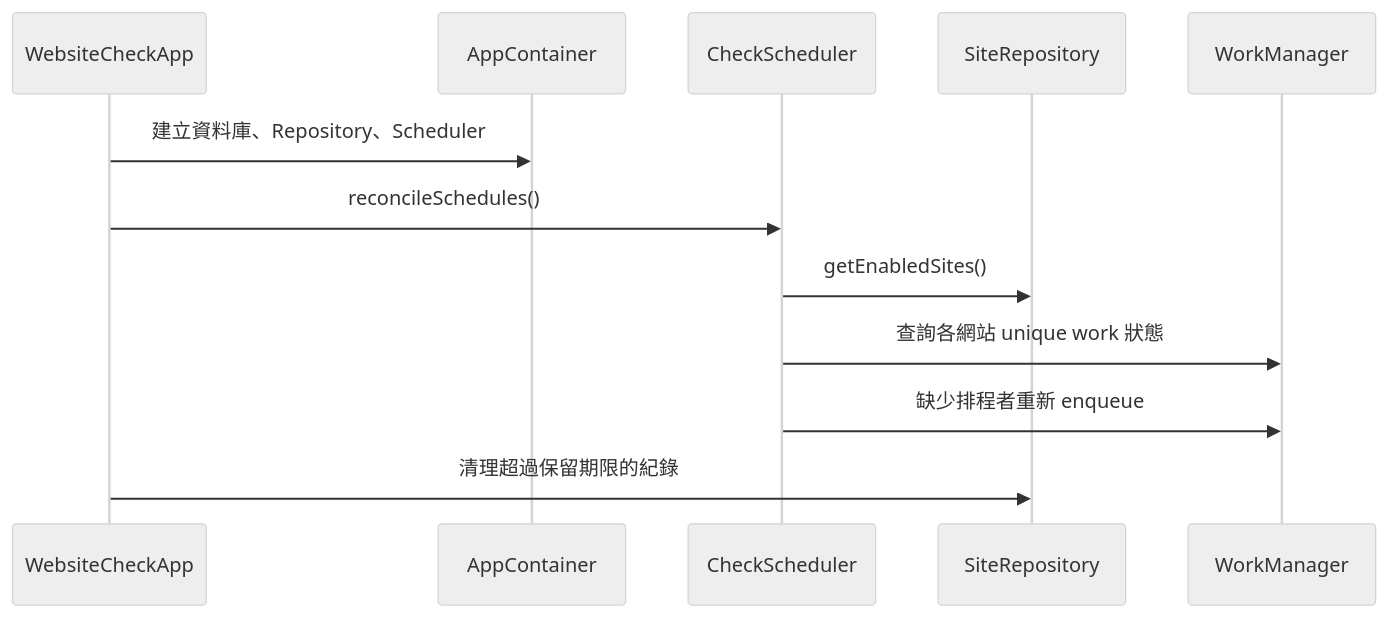
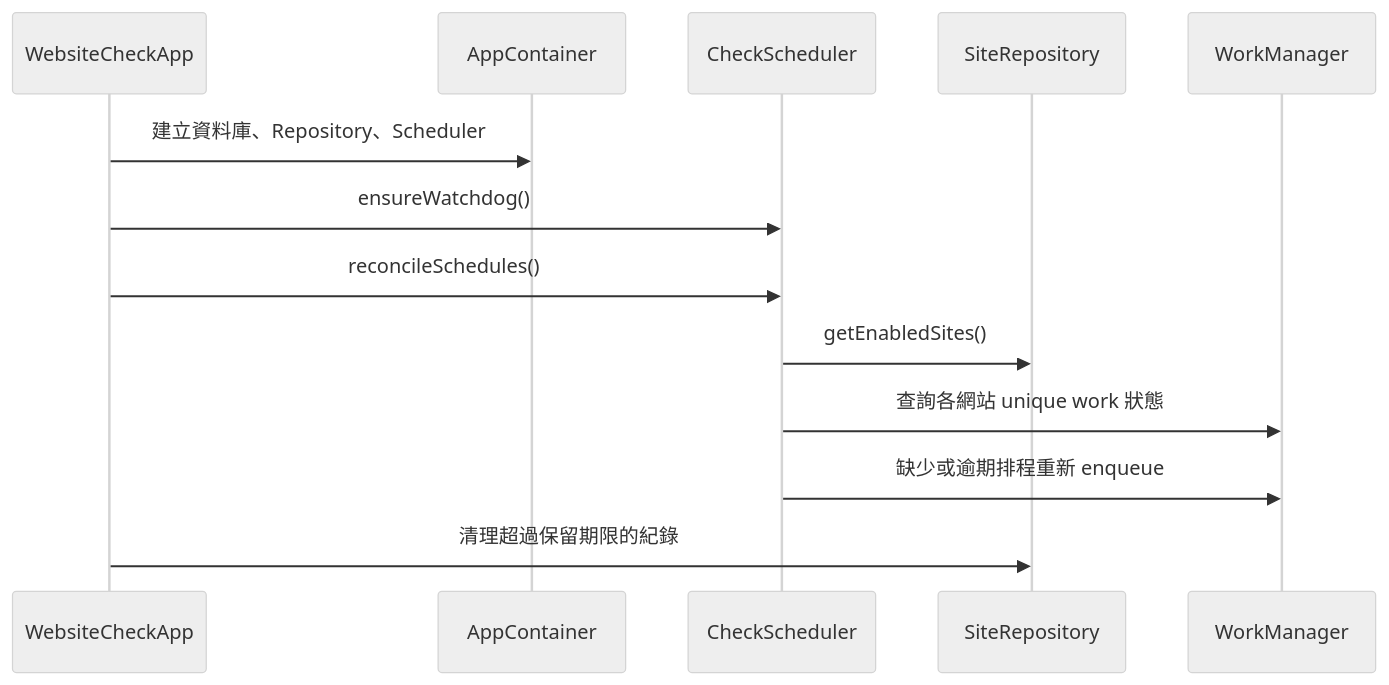
The second of 3 diagrams in docs/ARCHITECTURE.md (mark216tw/website-health-check), drawn with Mermaid (neutral theme) before and after one commit. The commit also changed other lines of this file and 16 other files, not shown here.

````diff
--- a/docs/ARCHITECTURE.md
+++ b/docs/ARCHITECTURE.md
@@ -134,14 +136,15 @@
 ```mermaid
 sequenceDiagram
     participant App as WebsiteCheckApp
     participant Container as AppContainer
     participant Scheduler as CheckScheduler
     participant Repo as SiteRepository
     participant WM as WorkManager
     App->>Container: 建立資料庫、Repository、Scheduler
+    App->>Scheduler: ensureWatchdog()
     App->>Scheduler: reconcileSchedules()
     Scheduler->>Repo: getEnabledSites()
     Scheduler->>WM: 查詢各網站 unique work 狀態
-    Scheduler->>WM: 缺少排程者重新 enqueue
+    Scheduler->>WM: 缺少或逾期排程重新 enqueue
     App->>Repo: 清理超過保留期限的紀錄
 ```
````
